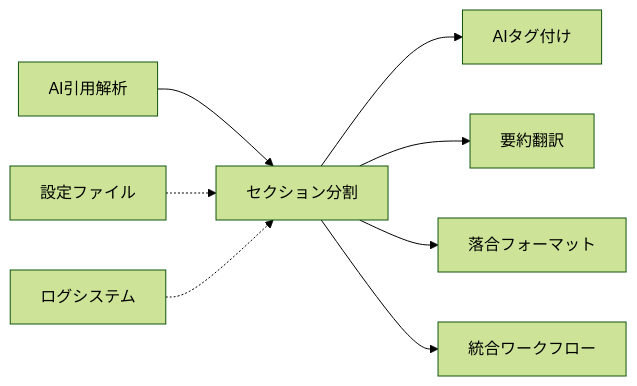
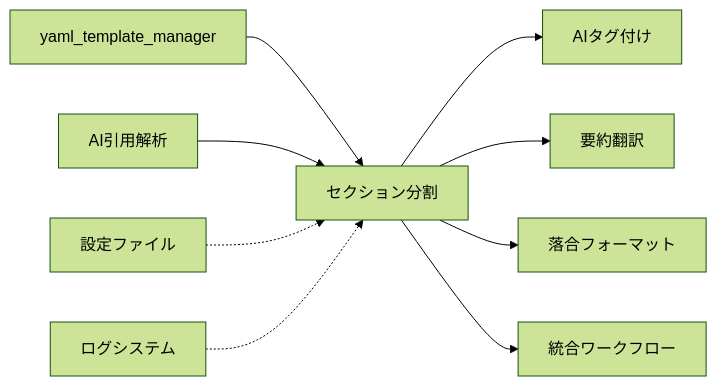
The second of 2 diagrams in code/contexts/section_parsing_specification.md (shuu5/ObsClippingsManager), drawn with Mermaid (forest theme) before and after one commit. The commit also changed other lines of this file and 8 other files, not shown here.

````diff
--- a/code/contexts/section_parsing_specification.md
+++ b/code/contexts/section_parsing_specification.md
@@ -30,12 +33,13 @@
 ```mermaid
 graph LR
-    A["AI引用解析"] --> B["セクション分割"]
+    A["yaml_template_manager"] --> B["セクション分割"]
+    C["AI引用解析"] --> B
     
-    C["設定ファイル"] -.-> B
-    D["ログシステム"] -.-> B
+    D["設定ファイル"] -.-> B
+    E["ログシステム"] -.-> B
     
-    B --> E["AIタグ付け"]
-    B --> F["要約翻訳"]
-    B --> G["落合フォーマット"]
-    B --> H["統合ワークフロー"]
+    B --> F["AIタグ付け"]
+    B --> G["要約翻訳"]
+    B --> H["落合フォーマット"]
+    B --> I["統合ワークフロー"]
 ```
````
